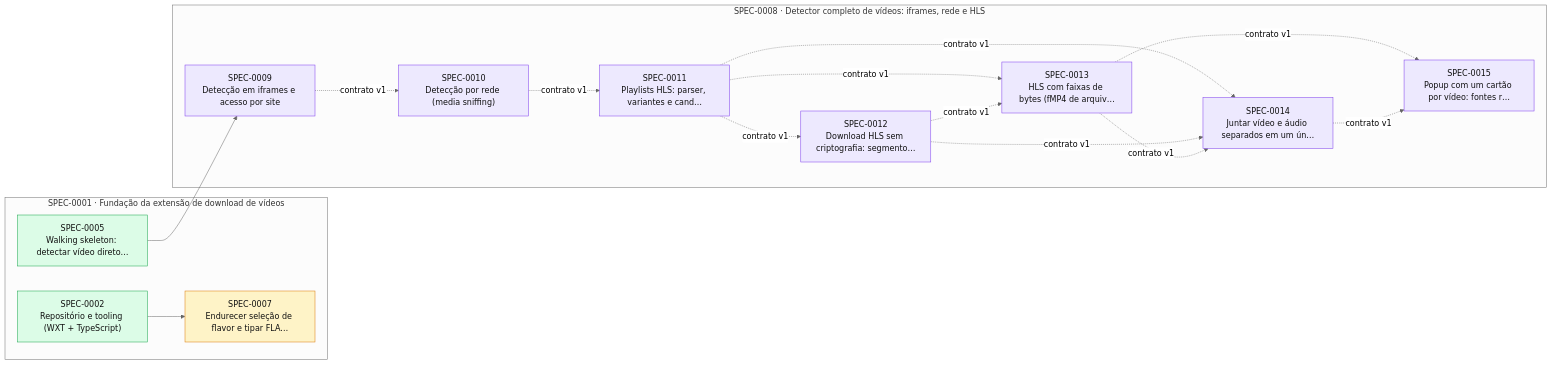
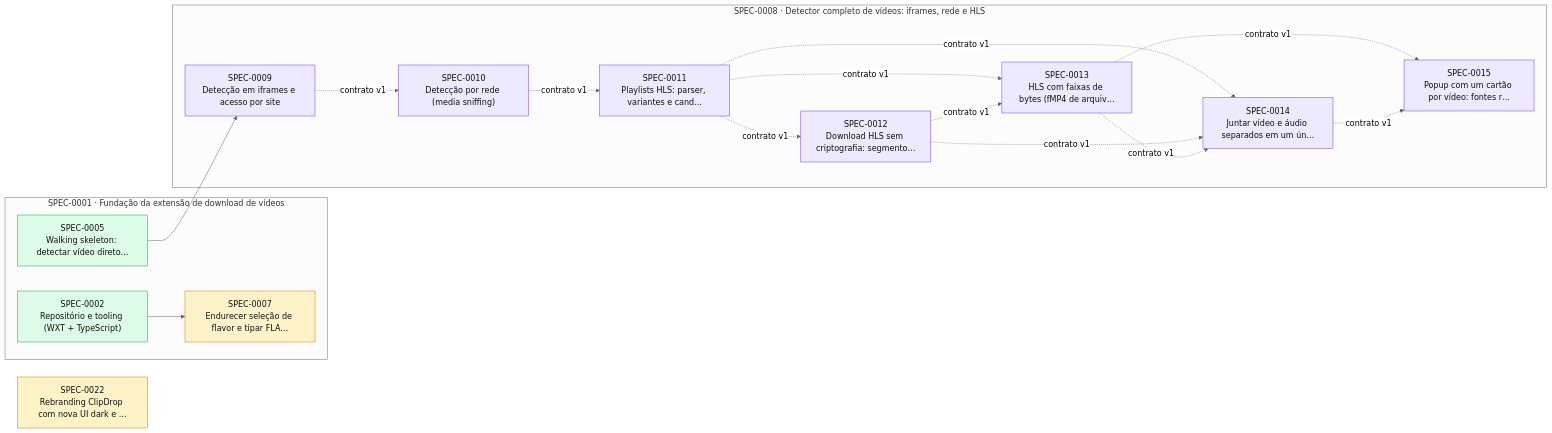
Before and after one commit to thomasravache/video-downloader: the diagram in docs/specs/INDEX.md, drawn with Mermaid (neutral theme). The commit also changed other lines of this file and 1 other file, not shown here.

First line of the commit message:
docs(spec): propose SPEC-0022 for ClipDrop rebranding and toolbar indicator

````diff
--- a/docs/specs/INDEX.md
+++ b/docs/specs/INDEX.md
@@ -66,34 +67,35 @@
 ```mermaid
 flowchart LR
+  S0022["SPEC-0022<br/>Rebranding ClipDrop com nova UI dark e …"]:::proposed
   subgraph E0001["SPEC-0001 · Fundação da extensão de download de vídeos"]
     S0002["SPEC-0002<br/>Repositório e tooling (WXT + TypeScript)"]:::implemented
     S0005["SPEC-0005<br/>Walking skeleton: detectar vídeo direto…"]:::implemented
     S0007["SPEC-0007<br/>Endurecer seleção de flavor e tipar FLA…"]:::proposed
   end
   subgraph E0008["SPEC-0008 · Detector completo de vídeos: iframes, rede e HLS"]
     S0009["SPEC-0009<br/>Detecção em iframes e acesso por site"]:::inprogress
     S0010["SPEC-0010<br/>Detecção por rede (media sniffing)"]:::inprogress
     S0011["SPEC-0011<br/>Playlists HLS: parser, variantes e cand…"]:::inprogress
     S0012["SPEC-0012<br/>Download HLS sem criptografia: segmento…"]:::inprogress
     S0013["SPEC-0013<br/>HLS com faixas de bytes (fMP4 de arquiv…"]:::inprogress
     S0014["SPEC-0014<br/>Juntar vídeo e áudio separados em um ún…"]:::inprogress
     S0015["SPEC-0015<br/>Popup com um cartão por vídeo: fontes r…"]:::inprogress
   end
   S0002 --> S0007
   S0005 --> S0009
   S0009 -. contrato v1 .-> S0010
   S0010 -. contrato v1 .-> S0011
   S0011 -. contrato v1 .-> S0012
   S0011 -. contrato v1 .-> S0013
   S0012 -. contrato v1 .-> S0013
   S0011 -. contrato v1 .-> S0014
   S0012 -. contrato v1 .-> S0014
   S0013 -. contrato v1 .-> S0014
   S0013 -. contrato v1 .-> S0015
   S0014 -. contrato v1 .-> S0015
   classDef proposed fill:#fef3c7,stroke:#d97706,color:#111
   classDef approved fill:#dbeafe,stroke:#2563eb,color:#111
   classDef inprogress fill:#ede9fe,stroke:#7c3aed,color:#111
   classDef implemented fill:#dcfce7,stroke:#16a34a,color:#111
   classDef deprecated fill:#f3f4f6,stroke:#9ca3af,color:#6b7280
 ```
````
